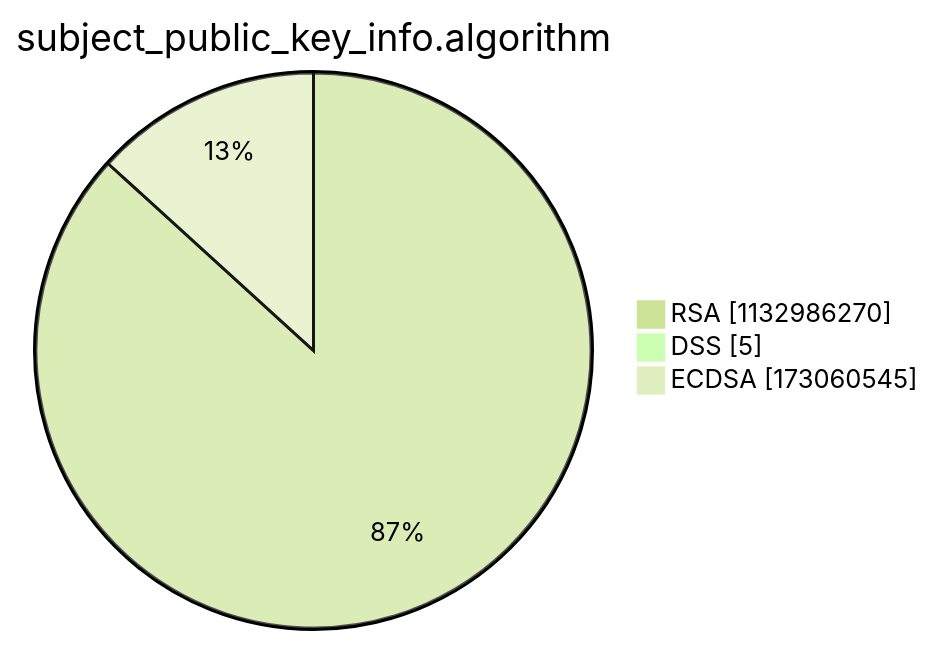
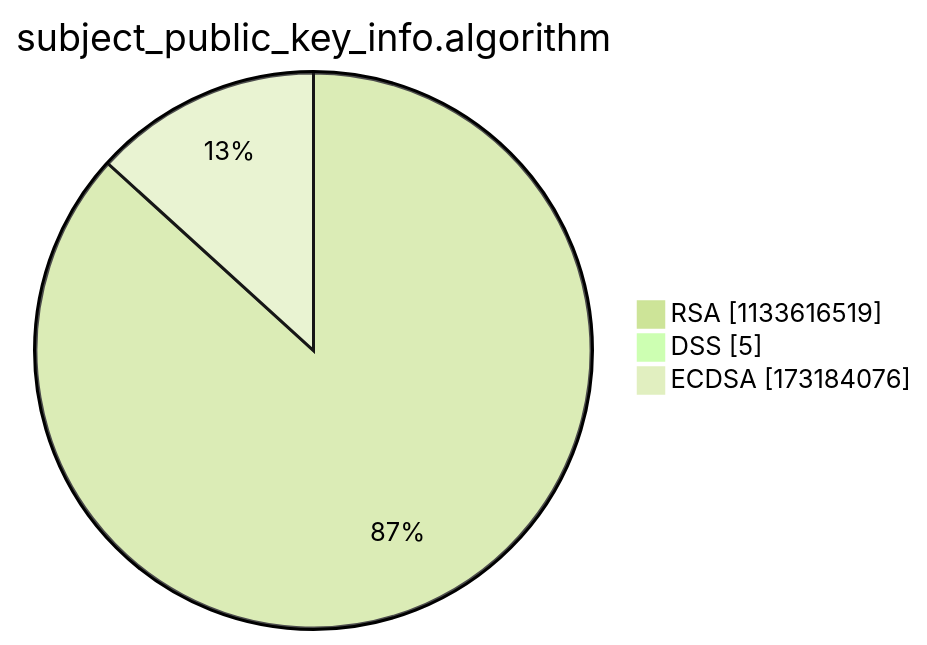
Before and after one commit to christiankrug/ctmonitor_visualization: the third of 15 diagrams in argon2022/README.md, drawn with Mermaid (forest theme). The commit also changed other lines of this file, not shown here.

````diff
--- a/argon2022/README.md
+++ b/argon2022/README.md
@@ -14,7 +14,7 @@
 ```mermaid
 pie showData
 title subject_public_key_info.algorithm
-"RSA" :1132986270
+"RSA" :1133616519
 "DSS" :5
-"ECDSA" :173060545
+"ECDSA" :173184076
 ```
````
